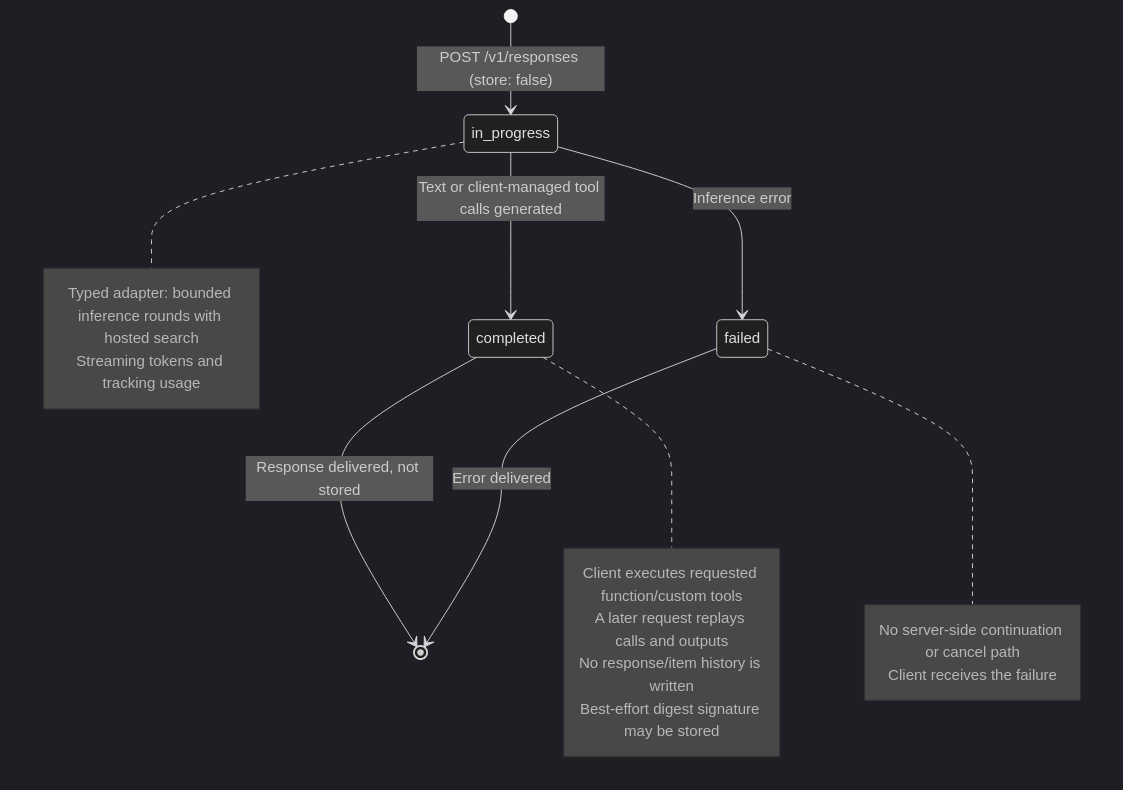
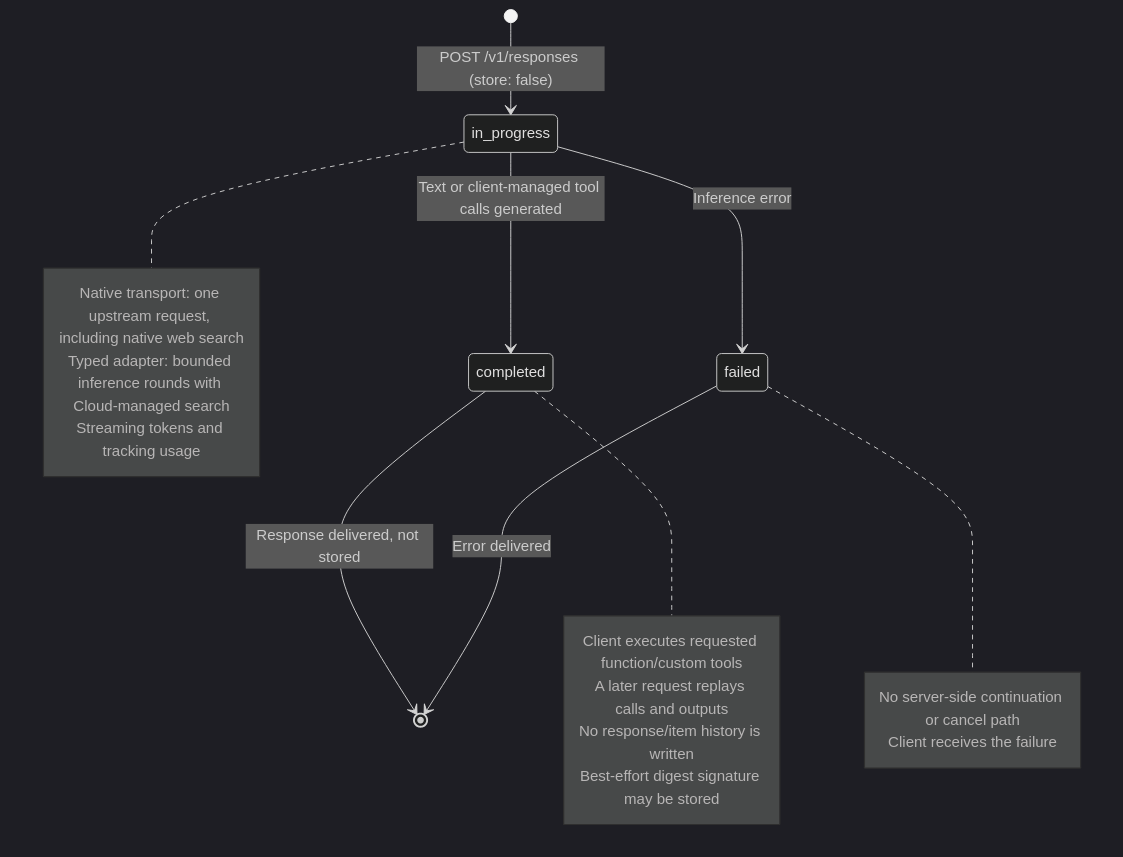
Diagram 12 of 16 in docs/architecture/c4-diagrams.md (nearai/cloud-api), drawn with Mermaid (dark theme) before and after one commit. The commit also changed other lines of this file and 11 other files, not shown here.

Commit message:
fix(responses): support native web search and full search replay

````diff
--- a/docs/architecture/c4-diagrams.md
+++ b/docs/architecture/c4-diagrams.md
@@ -778,27 +781,28 @@
 ```mermaid
 stateDiagram-v2
     [*] --> in_progress: POST /v1/responses (store: false)
 
     in_progress --> completed: Text or client-managed tool calls generated
     in_progress --> failed: Inference error
 
     completed --> [*]: Response delivered, not stored
     failed --> [*]: Error delivered
 
     note right of in_progress
-        Typed adapter: bounded inference rounds with hosted search
+        Native transport: one upstream request, including native web search
+        Typed adapter: bounded inference rounds with Cloud-managed search
         Streaming tokens and tracking usage
     end note
 
     note right of completed
         Client executes requested function/custom tools
         A later request replays calls and outputs
         No response/item history is written
         Best-effort digest signature may be stored
     end note
 
     note right of failed
         No server-side continuation or cancel path
         Client receives the failure
     end note
 ```
````
